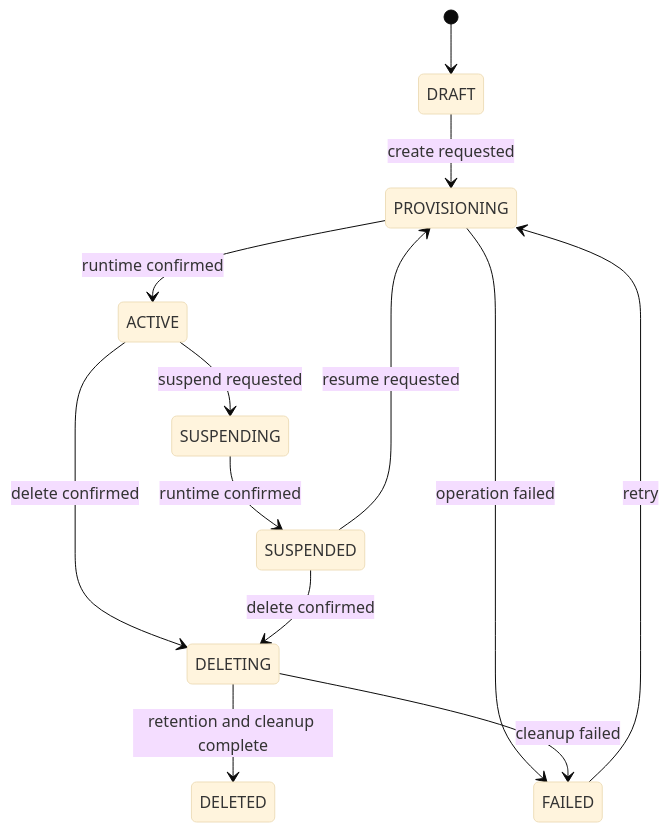
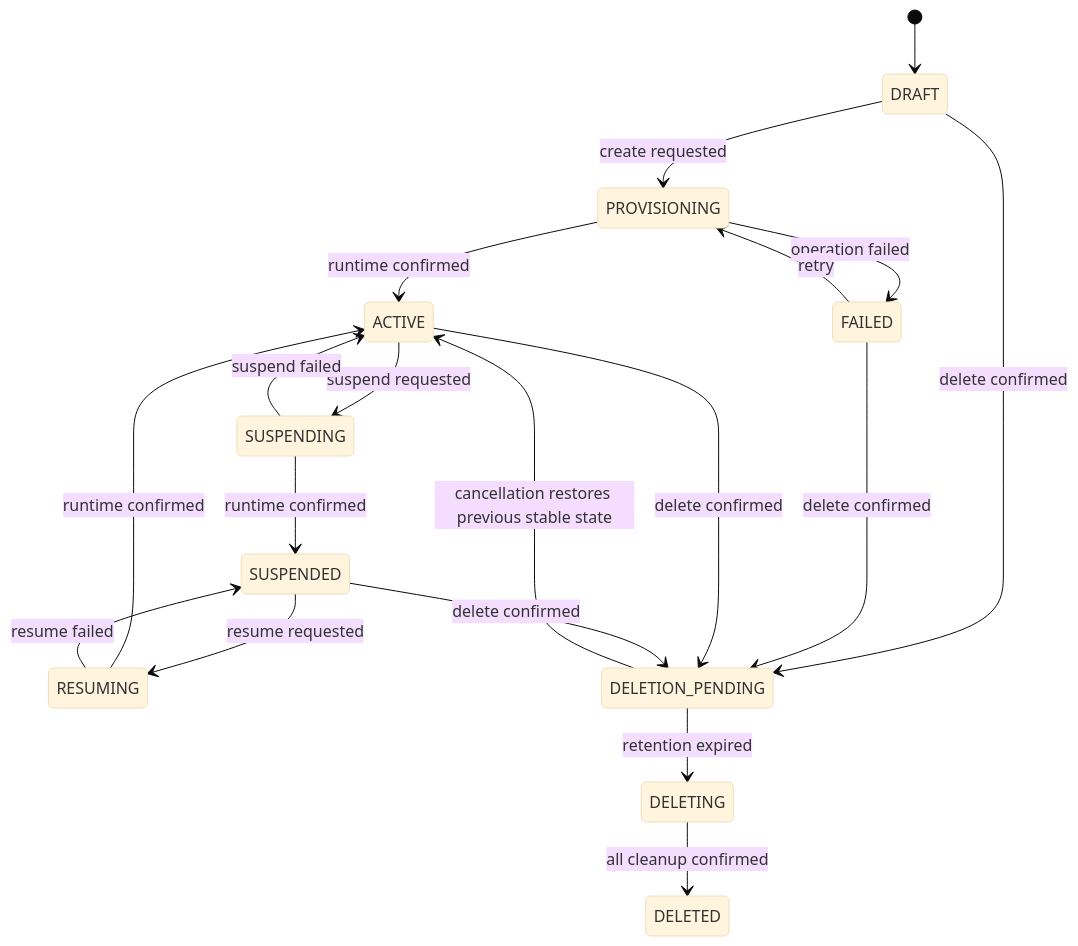
The second of 3 diagrams in control-plane/docs/IMPLEMENTATION_PLAN.md (dinikon/dnk-runtime-core), drawn with Mermaid (base theme) before and after one commit. The commit also changed other lines of this file and 21 other files, not shown here.

````diff
--- a/control-plane/docs/IMPLEMENTATION_PLAN.md
+++ b/control-plane/docs/IMPLEMENTATION_PLAN.md
@@ -252,15 +256,21 @@
 ```mermaid
 stateDiagram-v2
     [*] --> DRAFT
     DRAFT --> PROVISIONING: create requested
     PROVISIONING --> ACTIVE: runtime confirmed
     PROVISIONING --> FAILED: operation failed
     FAILED --> PROVISIONING: retry
     ACTIVE --> SUSPENDING: suspend requested
     SUSPENDING --> SUSPENDED: runtime confirmed
-    SUSPENDED --> PROVISIONING: resume requested
-    ACTIVE --> DELETING: delete confirmed
-    SUSPENDED --> DELETING: delete confirmed
-    DELETING --> DELETED: retention and cleanup complete
-    DELETING --> FAILED: cleanup failed
+    SUSPENDING --> ACTIVE: suspend failed
+    SUSPENDED --> RESUMING: resume requested
+    RESUMING --> ACTIVE: runtime confirmed
+    RESUMING --> SUSPENDED: resume failed
+    DRAFT --> DELETION_PENDING: delete confirmed
+    FAILED --> DELETION_PENDING: delete confirmed
+    ACTIVE --> DELETION_PENDING: delete confirmed
+    SUSPENDED --> DELETION_PENDING: delete confirmed
+    DELETION_PENDING --> DELETING: retention expired
+    DELETION_PENDING --> ACTIVE: cancellation restores previous stable state
+    DELETING --> DELETED: all cleanup confirmed
 ```
````
